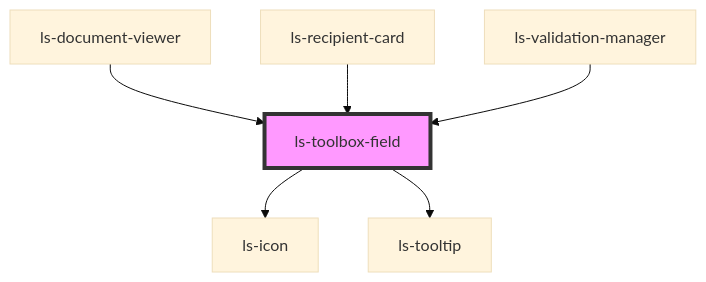
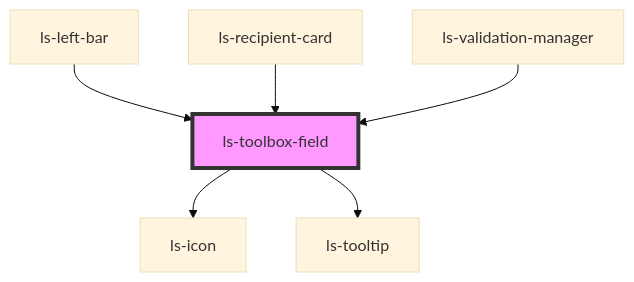
Before and after one commit to legalesign/ls-document-viewer: the diagram in src/components/ls-toolbox-field/readme.md, drawn with Mermaid (base theme). The commit also changed other lines of this file and 19 other files, not shown here.

````diff
--- a/src/components/ls-toolbox-field/readme.md
+++ b/src/components/ls-toolbox-field/readme.md
@@ -47,9 +47,9 @@
 ```mermaid
 graph TD;
   ls-toolbox-field --> ls-icon
   ls-toolbox-field --> ls-tooltip
-  ls-document-viewer --> ls-toolbox-field
+  ls-left-bar --> ls-toolbox-field
   ls-recipient-card --> ls-toolbox-field
   ls-validation-manager --> ls-toolbox-field
   style ls-toolbox-field fill:#f9f,stroke:#333,stroke-width:4px
 ```
````
